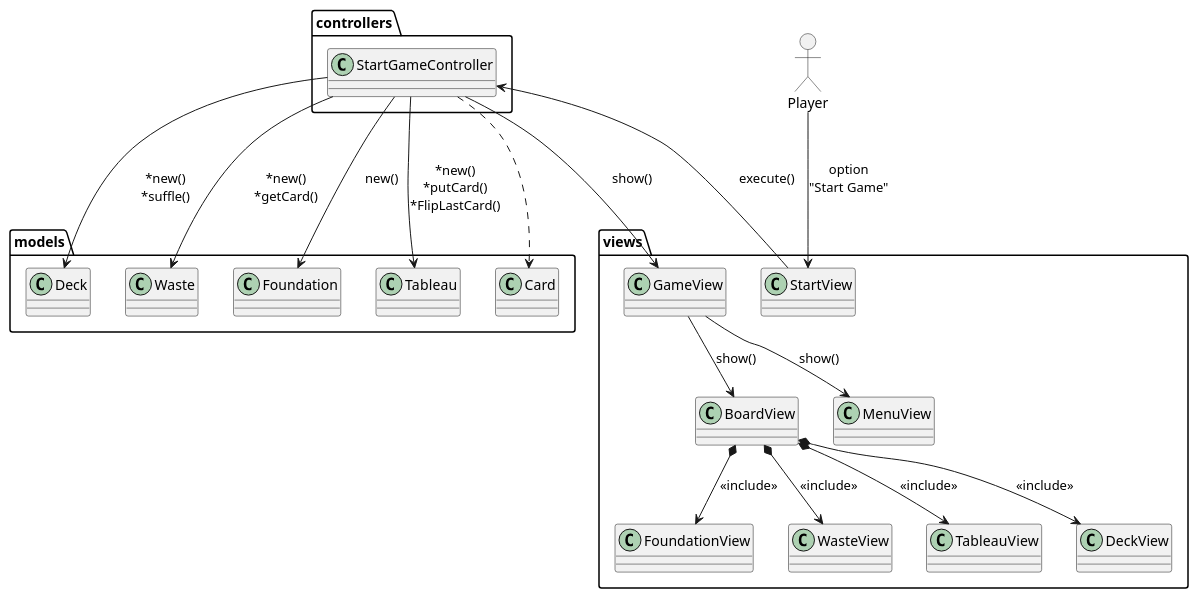
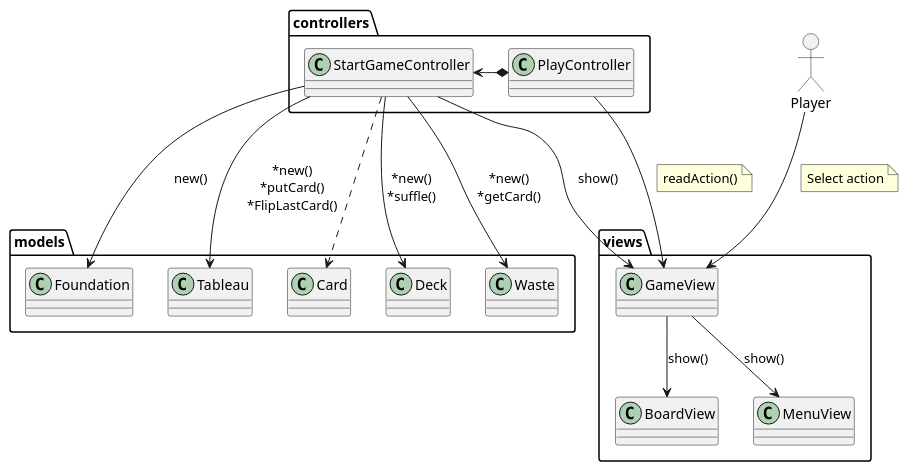
The diagram in docs/logicView/analysisView/useCaseAnalysis/StartGame.plantuml (Troteaga/klondike), drawn with PlantUML before and after one commit. The commit also changed 5 other files, not shown here.

```diff
--- a/docs/logicView/analysisView/useCaseAnalysis/StartGame.plantuml
+++ b/docs/logicView/analysisView/useCaseAnalysis/StartGame.plantuml
@@ -1,49 +1,47 @@
 @startuml UCAnalysis_StartGame
 
 mix_actor Player
 
 package views {
   class GameView
-  class StartView
   class MenuView
   class BoardView
-  class FoundationView
-  class WasteView
-  class TableauView
-  class DeckView
-  BoardView *--> DeckView : <<include>>
-  BoardView *--> WasteView : <<include>>
-  BoardView *--> FoundationView : <<include>>
-  BoardView *--> TableauView : <<include>>
   BoardView -right[hidden]-> MenuView 
 }
 
 package controllers {
+    class PlayController
     class StartGameController
+    PlayController *-right-> StartGameController
+
 }
 
 package models {
     class Deck
     class Waste
     class Foundation
     class Tableau
     class Card
     Deck -right[hidden]-> Waste
     Waste -right[hidden]-> Foundation
     Foundation -right[hidden]-> Tableau
     Tableau -right[hidden]-> Card
 }
 
-Player -down-> StartView: "option\n"Start Game""
-StartView -down-> StartGameController : execute()
+Player -down-> GameView
+note on link: Select action
+
+PlayController --> GameView
+note on link: readAction()
+
 StartGameController ..> Card
 StartGameController -right-> Tableau: \n*new()\n*putCard()\n*FlipLastCard()
 StartGameController --> Waste: \n*new()\n*getCard()
 StartGameController --> Foundation: new()
 StartGameController --> Deck: \n*new()\n*suffle()
 
 StartGameController --> GameView : show()
 GameView --> BoardView : show()
 GameView --> MenuView : show()
 
 @enduml
```
